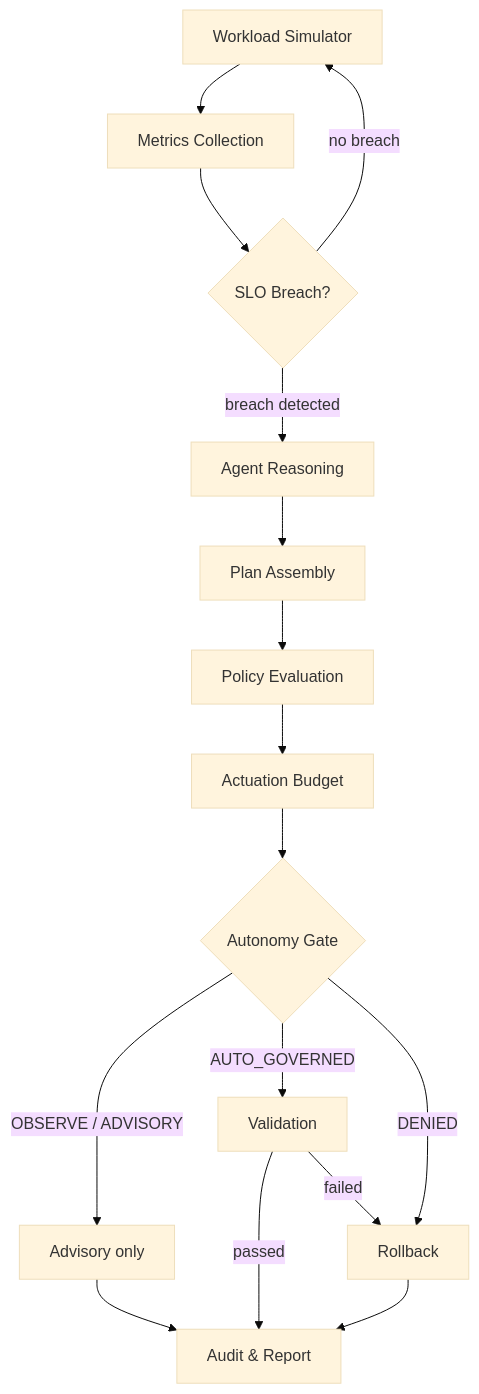
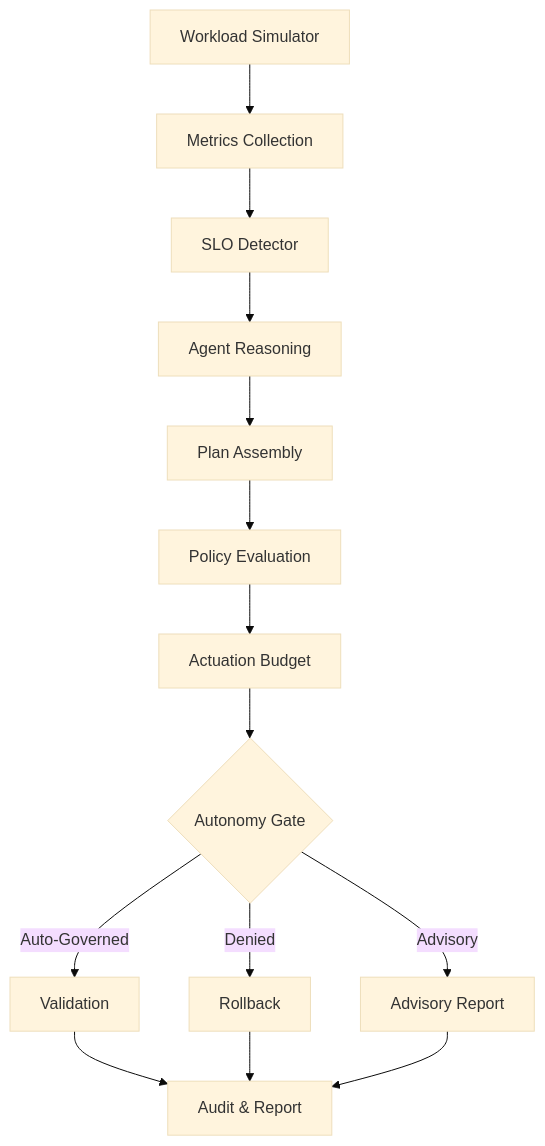
The first of 2 diagrams in README.md (sibasispadhi/agentic-cloud-optimizer), drawn with Mermaid (base theme) before and after one commit. The commit also changed other lines of this file, not shown here.

Commit message:
docs: redesign architecture diagrams — remove feedback loop, flatten layers

````diff
--- a/README.md
+++ b/README.md
@@ -62,21 +62,16 @@
 ```mermaid
 flowchart TD
-    WS[Workload Simulator] --> MC
-    MC[Metrics Collection] --> SLO
-    SLO{SLO Breach?}
-    SLO -->|no breach| WS
-    SLO -->|breach detected| AR
-    AR[Agent Reasoning] --> PA
-    PA[Plan Assembly] --> PE
-    PE[Policy Evaluation] --> AB
-    AB[Actuation Budget] --> AG
-    AG{Autonomy Gate}
-    AG -->|OBSERVE / ADVISORY| ADV[Advisory only]
-    AG -->|AUTO_GOVERNED| VE
-    AG -->|DENIED| RE
-    VE[Validation] -->|passed| AUD
-    VE -->|failed| RE
-    RE[Rollback] --> AUD
+    WS[Workload Simulator] --> MC[Metrics Collection]
+    MC --> SLO[SLO Detector]
+    SLO --> AR[Agent Reasoning]
+    AR --> PA[Plan Assembly]
+    PA --> PE[Policy Evaluation]
+    PE --> AB[Actuation Budget]
+    AB --> AG{Autonomy Gate}
+    AG -->|Advisory| ADV[Advisory Report]
+    AG -->|Auto-Governed| VE[Validation]
+    AG -->|Denied| RE[Rollback]
+    VE --> AUD[Audit & Report]
+    RE --> AUD
     ADV --> AUD
-    AUD[Audit & Report]
 ```
````
